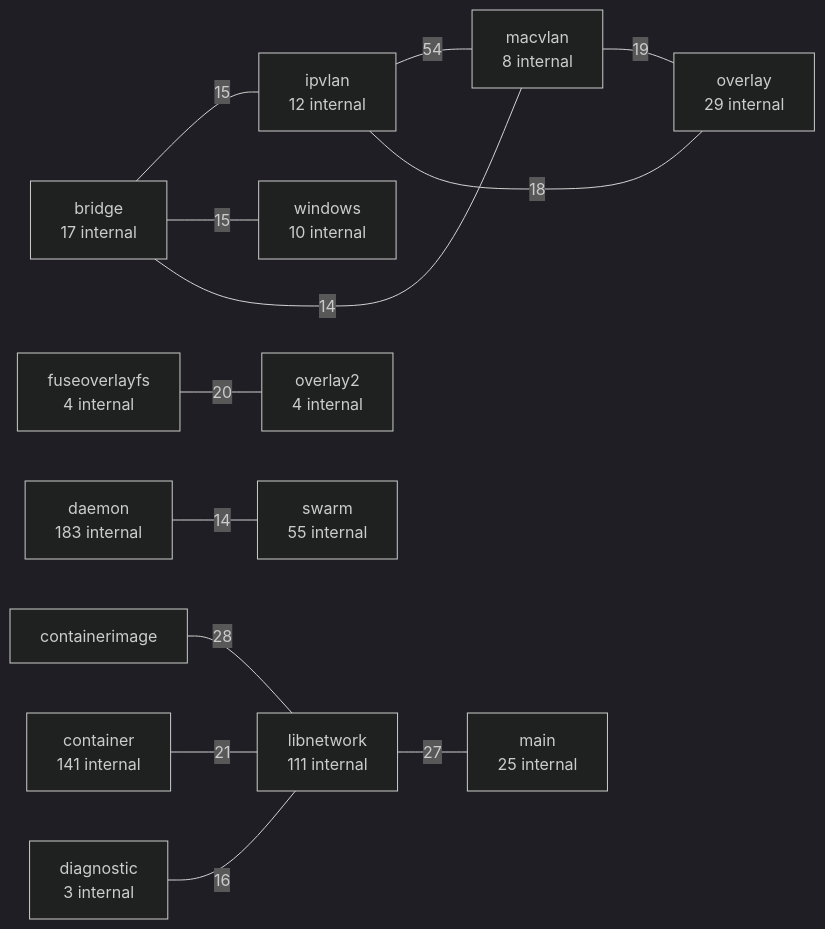
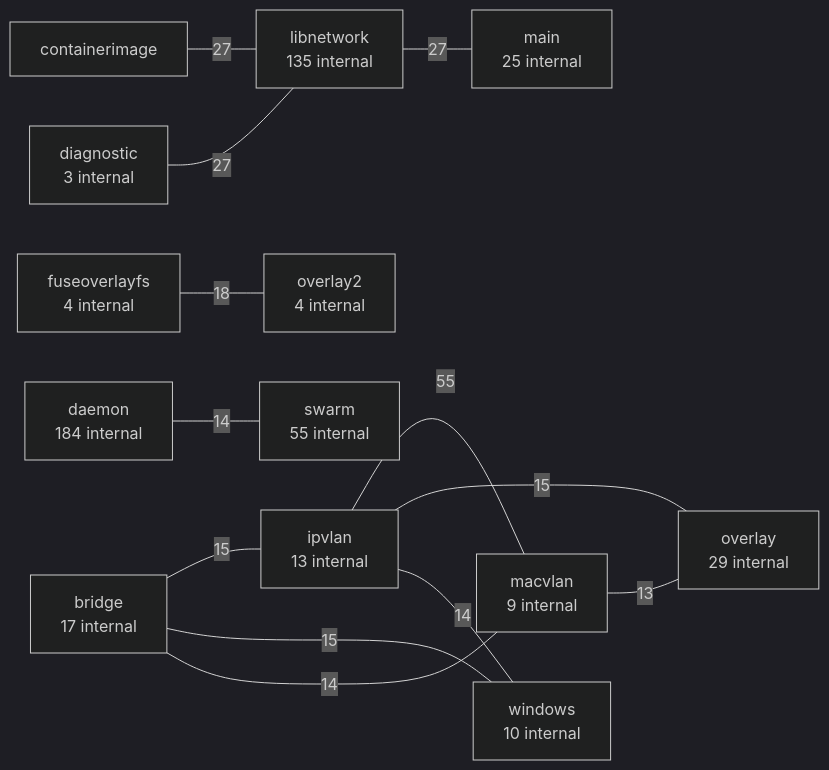
Before and after one commit to LukasSelin/doppel: the second of 7 diagrams in examples/moby.md, drawn with Mermaid (dark theme). The commit also changed other lines of this file and 6 other files, not shown here.

````diff
--- a/examples/moby.md
+++ b/examples/moby.md
@@ -125,29 +124,28 @@
 ```mermaid
 flowchart LR
-    p0["ipvlan<br/>12 internal"]
-    p1["macvlan<br/>8 internal"]
-    p0 ---|"54"| p1
+    p0["ipvlan<br/>13 internal"]
+    p1["macvlan<br/>9 internal"]
+    p0 ---|"55"| p1
     p2["containerimage"]
-    p3["libnetwork<br/>111 internal"]
-    p2 ---|"28"| p3
-    p4["main<br/>25 internal"]
-    p3 ---|"27"| p4
-    p5["container<br/>141 internal"]
-    p5 ---|"21"| p3
+    p3["libnetwork<br/>135 internal"]
+    p2 ---|"27"| p3
+    p4["diagnostic<br/>3 internal"]
+    p4 ---|"27"| p3
+    p5["main<br/>25 internal"]
+    p3 ---|"27"| p5
     p6["fuseoverlayfs<br/>4 internal"]
     p7["overlay2<br/>4 internal"]
-    p6 ---|"20"| p7
-    p8["overlay<br/>29 internal"]
-    p1 ---|"19"| p8
-    p0 ---|"18"| p8
-    p9["diagnostic<br/>3 internal"]
-    p9 ---|"16"| p3
-    p10["bridge<br/>17 internal"]
-    p10 ---|"15"| p0
-    p11["windows<br/>10 internal"]
-    p10 ---|"15"| p11
-    p10 ---|"14"| p1
-    p12["daemon<br/>183 internal"]
-    p13["swarm<br/>55 internal"]
-    p12 ---|"14"| p13
+    p6 ---|"18"| p7
+    p8["bridge<br/>17 internal"]
+    p8 ---|"15"| p0
+    p9["windows<br/>10 internal"]
+    p8 ---|"15"| p9
+    p10["overlay<br/>29 internal"]
+    p0 ---|"15"| p10
+    p8 ---|"14"| p1
+    p11["daemon<br/>184 internal"]
+    p12["swarm<br/>55 internal"]
+    p11 ---|"14"| p12
+    p0 ---|"14"| p9
+    p1 ---|"13"| p10
 ```
````
